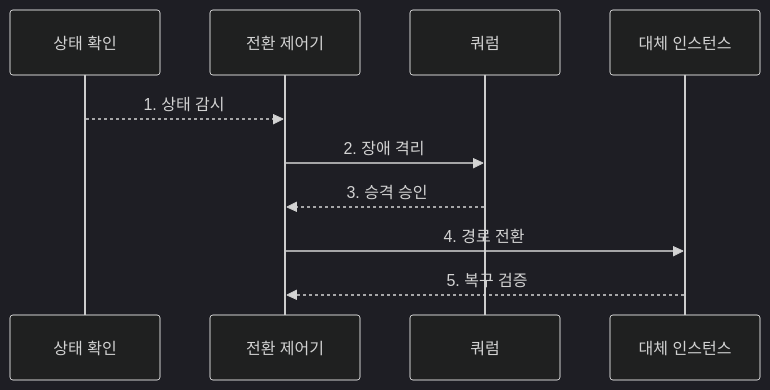
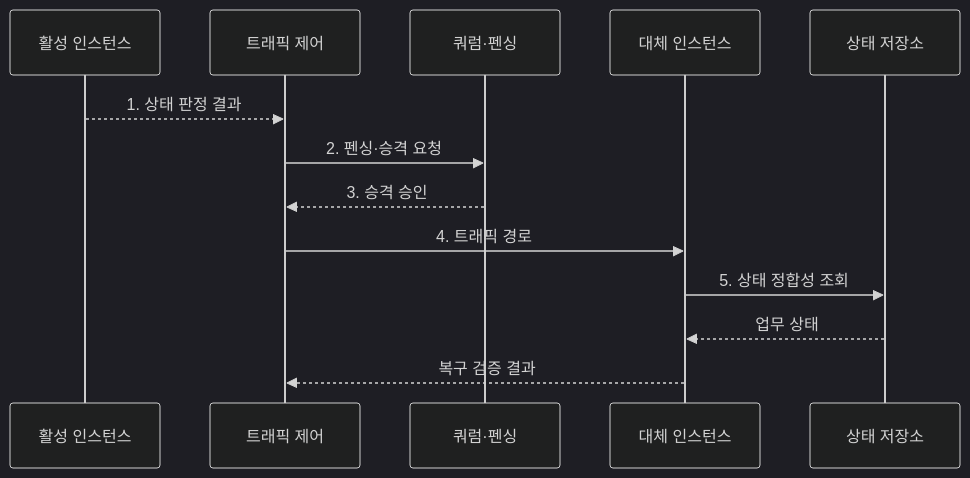
One commit to agnusdei1207/knowledge-base changed the second of 2 diagrams in src/content/docs/notes/03-software/198_high_availability_design.md. Above: the diagram before and after it, drawn with Mermaid (dark theme). The commit also changed other lines of this file and 20 other files, not shown here.

````diff
--- a/src/content/docs/notes/03-software/198_high_availability_design.md
+++ b/src/content/docs/notes/03-software/198_high_availability_design.md
@@ -87,12 +87,15 @@
 ```mermaid
 sequenceDiagram
-    participant H as 상태 확인
-    participant C as 전환 제어기
-    participant Q as 쿼럼
+    participant A as 활성 인스턴스
+    participant C as 트래픽 제어
+    participant Q as 쿼럼·펜싱
     participant N as 대체 인스턴스
-    H-->>C: 1. 상태 감시
-    C->>Q: 2. 장애 격리
+    participant S as 상태 저장소
+    A-->>C: 1. 상태 판정 결과
+    C->>Q: 2. 펜싱·승격 요청
     Q-->>C: 3. 승격 승인
-    C->>N: 4. 경로 전환
-    N-->>C: 5. 복구 검증
+    C->>N: 4. 트래픽 경로
+    N->>S: 5. 상태 정합성 조회
+    S-->>N: 업무 상태
+    N-->>C: 복구 검증 결과
 ```
````
